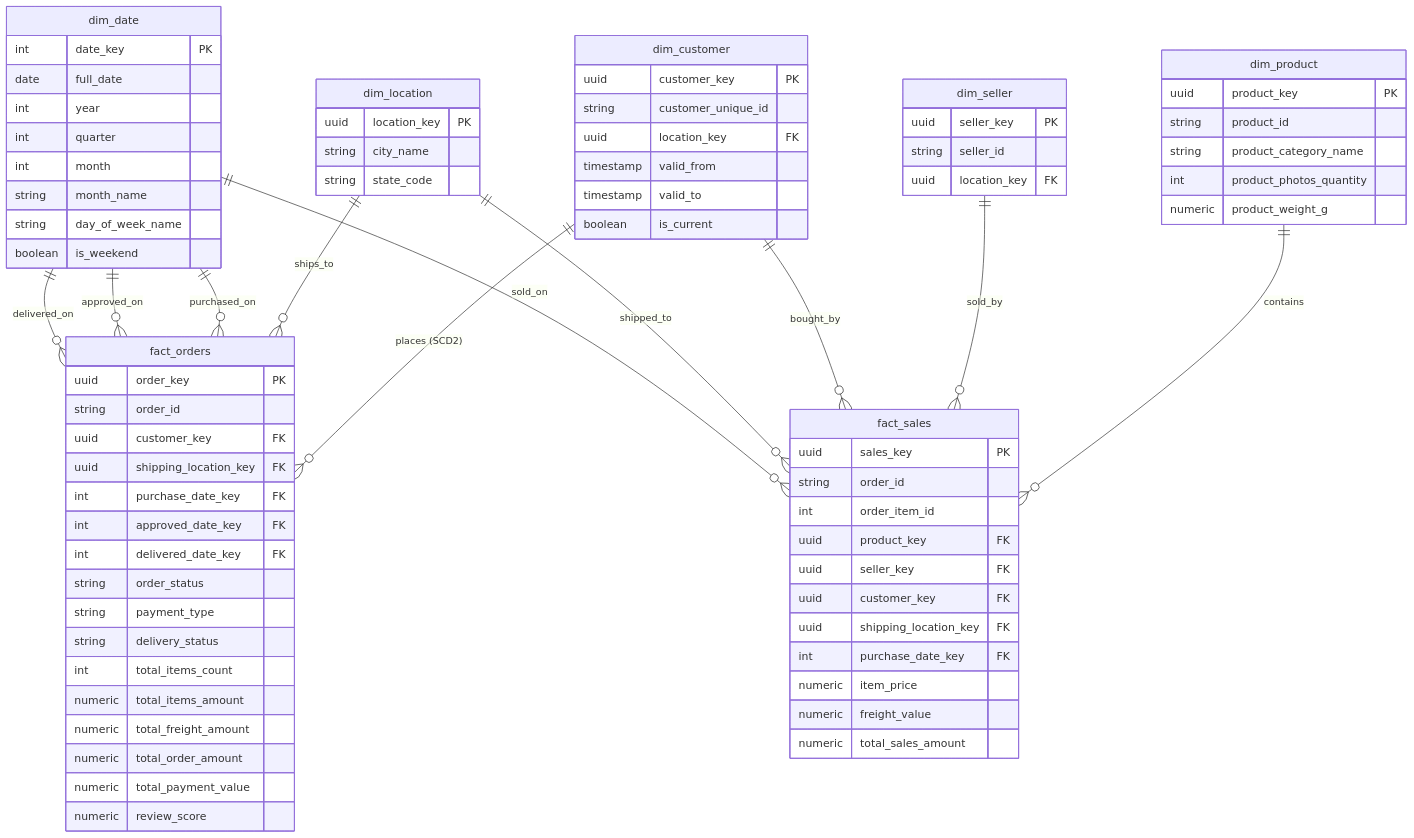
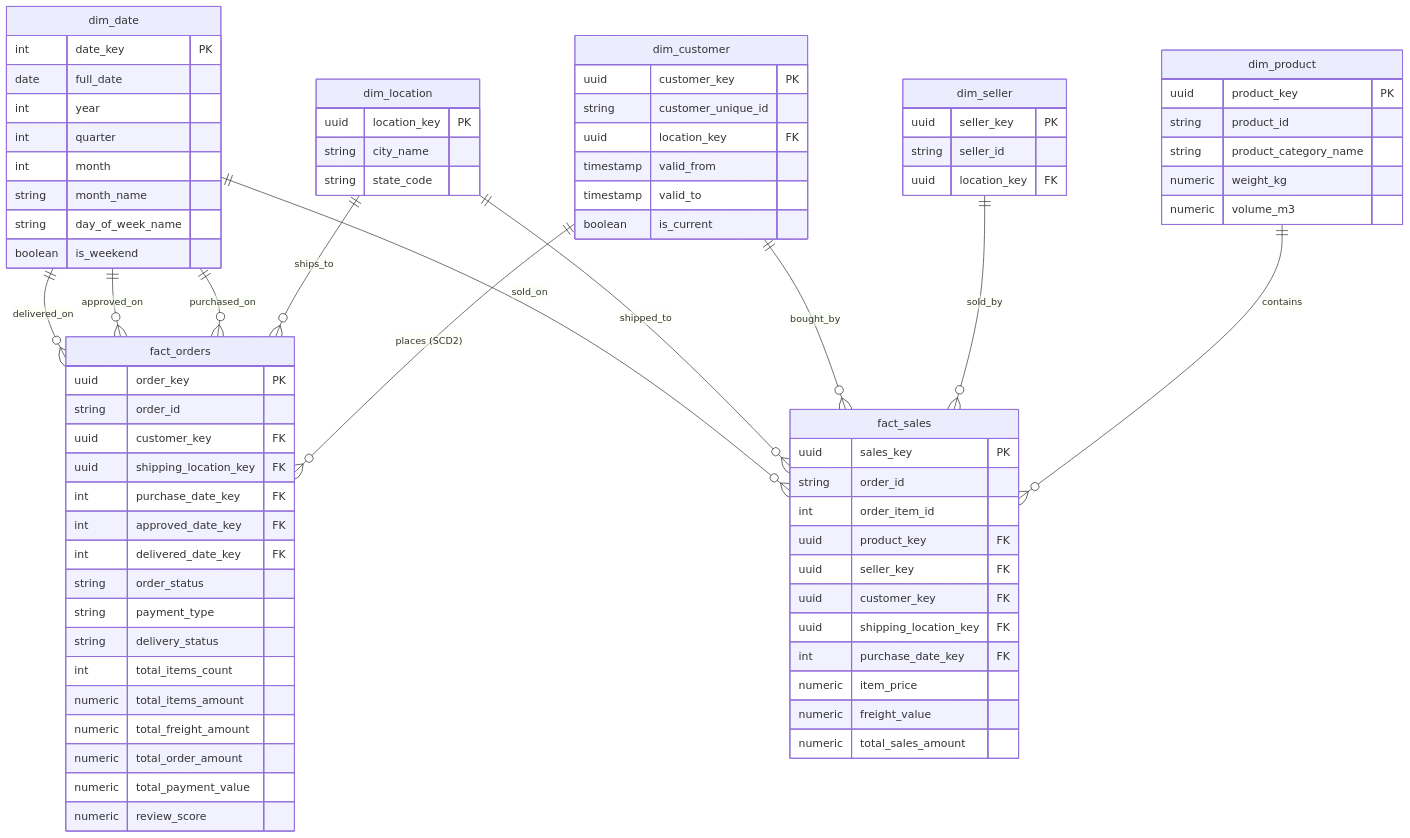
One commit to phamminhtoan318-max/etl_ecommerce_data changed the second of 2 diagrams in README.md. Above: the diagram before and after it, drawn with Mermaid. The commit also changed other lines of this file, not shown here.

Commit message:
docs: update README with Medallion architecture, unified logging, and schema specifications

```diff
--- a/README.md
+++ b/README.md
@@ -269,8 +279,8 @@
         uuid product_key PK
         string product_id
         string product_category_name
-        int product_photos_quantity
-        numeric product_weight_g
+        numeric weight_kg
+        numeric volume_m3
     }
 
     dim_seller {
```
